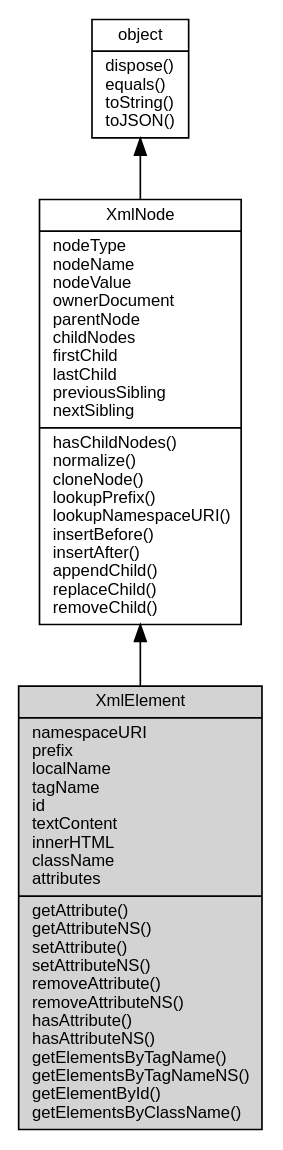
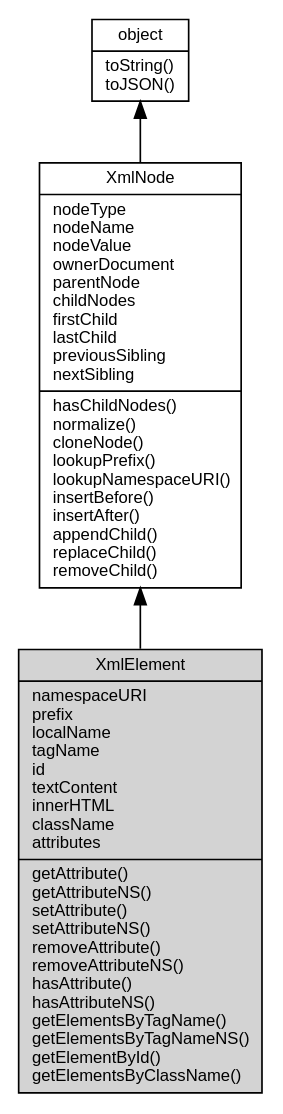
Before and after one commit to asionius/fibjs-ceph: the diagram in docs/object/ifs/XmlElement.md, drawn with Graphviz. The commit also changed other lines of this file and 138 other files, not shown here.

````diff
--- a/docs/object/ifs/XmlElement.md
+++ b/docs/object/ifs/XmlElement.md
@@ -5,12 +5,12 @@
 ```dot
 digraph {
     node [fontname="Helvetica,sans-Serif", fontsize=10, shape="record", style="filled", fillcolor="white"];
 
-    object [tooltip="object", URL="object.md", label="{object|dispose()\lequals()\ltoString()\ltoJSON()\l}"];
+    object [tooltip="object", URL="object.md", label="{object|toString()\ltoJSON()\l}"];
     XmlNode [tooltip="XmlNode", URL="XmlNode.md", label="{XmlNode|nodeType\lnodeName\lnodeValue\lownerDocument\lparentNode\lchildNodes\lfirstChild\llastChild\lpreviousSibling\lnextSibling\l|hasChildNodes()\lnormalize()\lcloneNode()\llookupPrefix()\llookupNamespaceURI()\linsertBefore()\linsertAfter()\lappendChild()\lreplaceChild()\lremoveChild()\l}"];
-    XmlElement [tooltip="XmlElement", fillcolor="lightgray", label="{XmlElement|namespaceURI\lprefix\llocalName\ltagName\lid\ltextContent\linnerHTML\lclassName\lattributes\l|getAttribute()\lgetAttributeNS()\lsetAttribute()\lsetAttributeNS()\lremoveAttribute()\lremoveAttributeNS()\lhasAttribute()\lhasAttributeNS()\lgetElementsByTagName()\lgetElementsByTagNameNS()\lgetElementById()\lgetElementsByClassName()\l}"];
+    XmlElement [tooltip="XmlElement", fillcolor="lightgray", id="me", label="{XmlElement|namespaceURI\lprefix\llocalName\ltagName\lid\ltextContent\linnerHTML\lclassName\lattributes\l|getAttribute()\lgetAttributeNS()\lsetAttribute()\lsetAttributeNS()\lremoveAttribute()\lremoveAttributeNS()\lhasAttribute()\lhasAttributeNS()\lgetElementsByTagName()\lgetElementsByTagNameNS()\lgetElementById()\lgetElementsByClassName()\l}"];
 
     object -> XmlNode [dir=back];
     XmlNode -> XmlElement [dir=back];
 }
 ```
````
